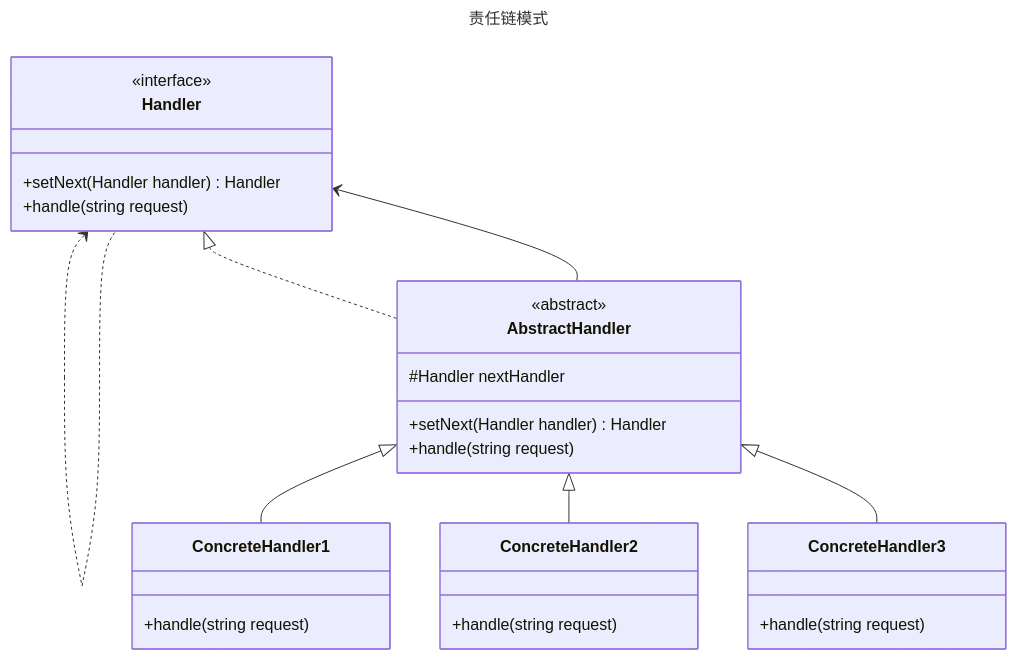
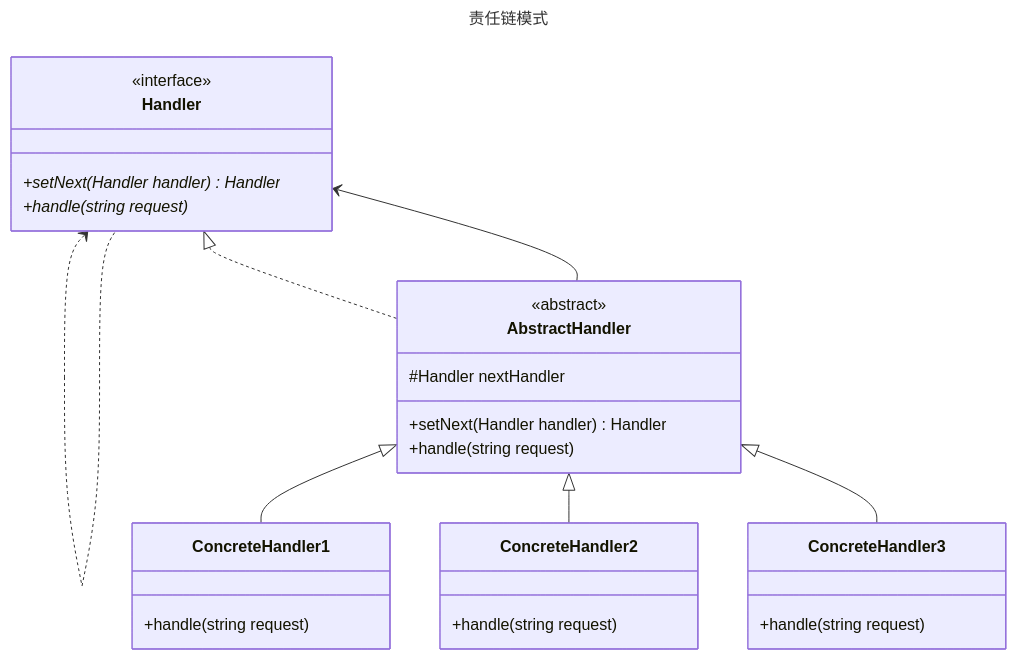
The diagram in chain-of-responsibility/README.md (fengyun89/typescript-design-patterns), drawn with Mermaid before and after one commit. The commit also changed 17 other files, not shown here.

````diff
--- a/chain-of-responsibility/README.md
+++ b/chain-of-responsibility/README.md
@@ -1,32 +1,32 @@
 ```mermaid
 ---
 title: 责任链模式
 ---
 classDiagram
     class Handler {
         <<interface>>
-        +setNext(Handler handler) Handler
-        +handle(string request)
+        +setNext(Handler handler)* Handler
+        +handle(string request)*
     }
     class AbstractHandler {
         <<abstract>>
         #Handler nextHandler
         +setNext(Handler handler) Handler
         +handle(string request)
     }
     class ConcreteHandler1 {
         +handle(string request)
     }
     class ConcreteHandler2 {
         +handle(string request)
     }
     class ConcreteHandler3 {
         +handle(string request)
     }
     Handler <.. Handler
     Handler <|.. AbstractHandler
     Handler <-- AbstractHandler
     AbstractHandler <|-- ConcreteHandler1
     AbstractHandler <|-- ConcreteHandler2
     AbstractHandler <|-- ConcreteHandler3
 ```
````
